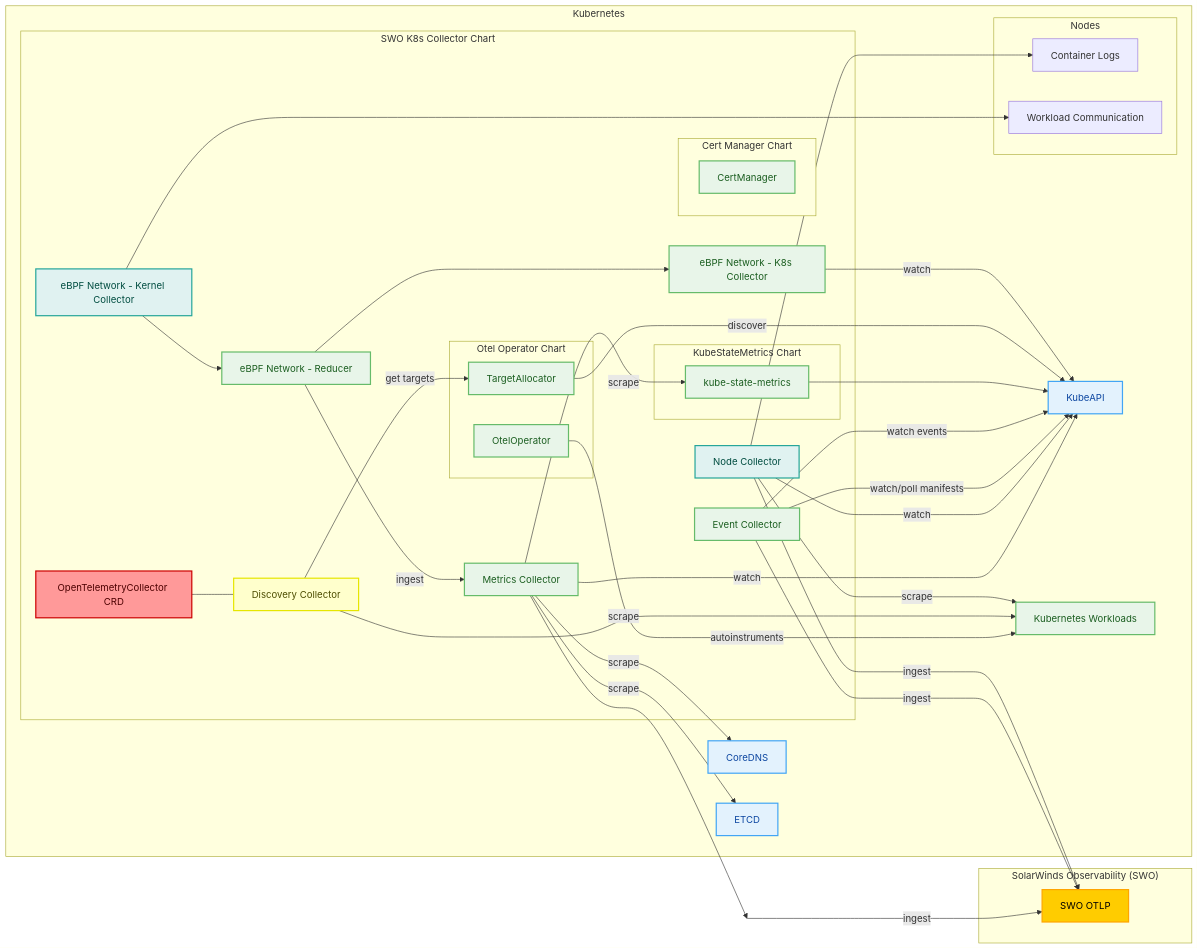
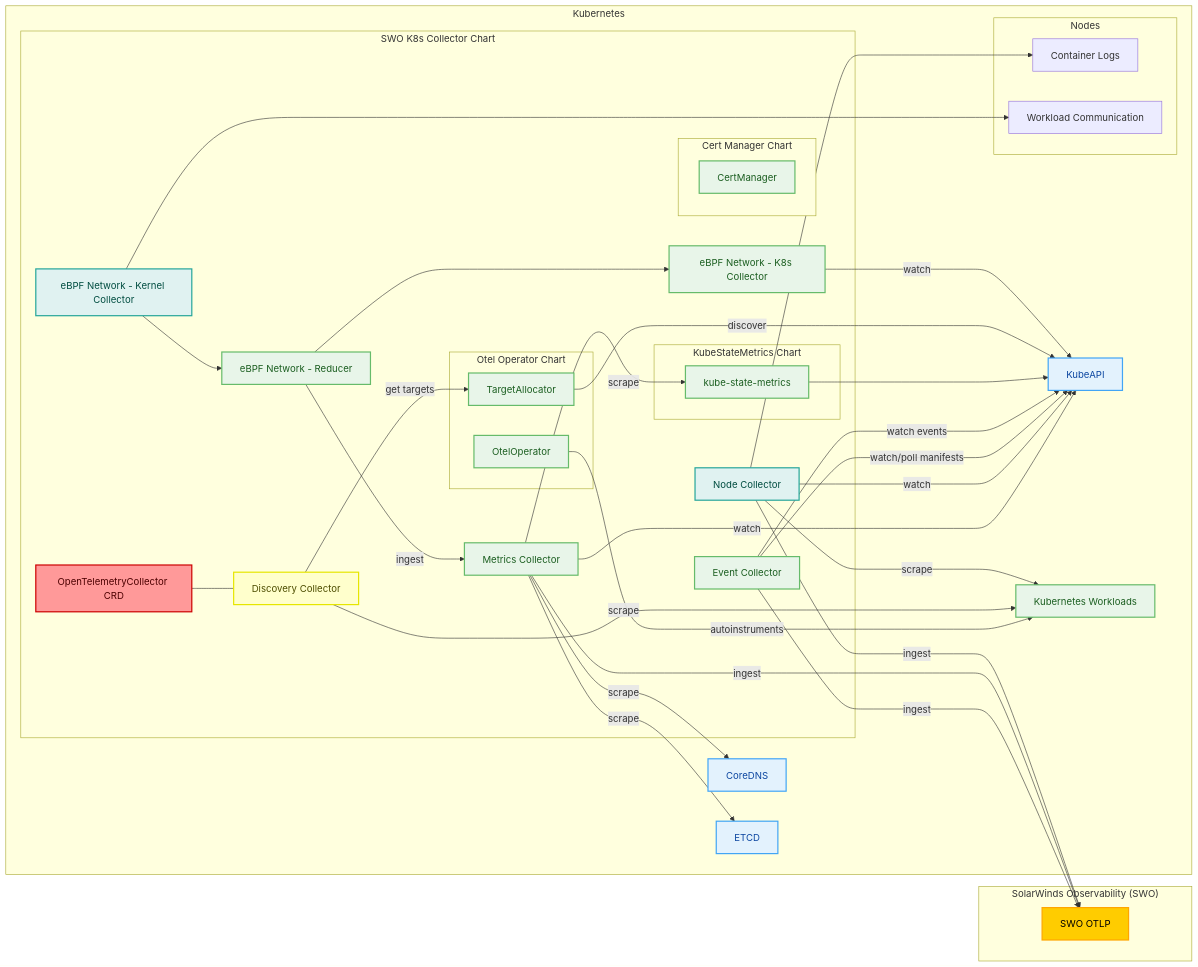
The diagram in deploy/helm/README.md (solarwinds/swi-k8s-opentelemetry-collector), drawn with Mermaid before and after one commit. The commit also changed other lines of this file, not shown here.

```diff
--- a/deploy/helm/README.md
+++ b/deploy/helm/README.md
@@ -89,7 +89,7 @@
 MetricsCollector --> |"scrape"| CoreDNS
 MetricsCollector --> |"scrape"| ETCD
 %% Trick to move SWO more to the right
-MetricsCollector --> X[" "]:::invisible --> |"ingest"| SWO_Interface
+MetricsCollector --> |"ingest"| SWO_Interface
 
 EventCollector --> |"watch events"| KubeAPI
 EventCollector -->|"watch/poll manifests"| KubeAPI
```
